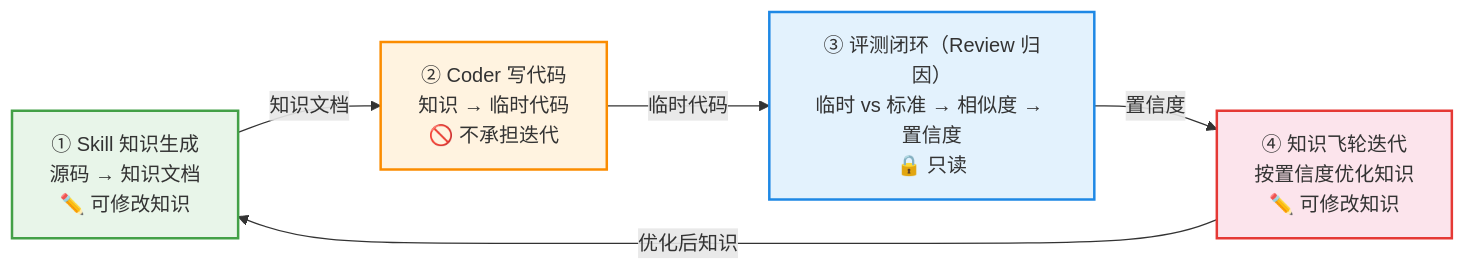
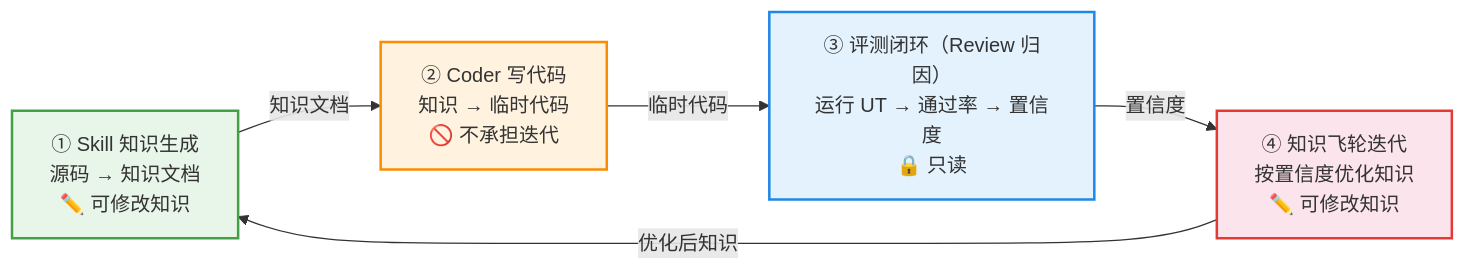
Before and after one commit to linlisWorkTeam/wpKnowledge: the first of 2 diagrams in wiki/docs/flywheel.md, drawn with Mermaid. The commit also changed other lines of this file and 2 other files, not shown here.

````diff
--- a/wiki/docs/flywheel.md
+++ b/wiki/docs/flywheel.md
@@ -69,17 +69,17 @@
 ```mermaid
 flowchart LR
     classDef gen fill:#e8f5e9,stroke:#43a047,stroke-width:2px;
     classDef cod fill:#fff3e0,stroke:#fb8c00,stroke-width:2px;
     classDef evl fill:#e3f2fd,stroke:#1e88e5,stroke-width:2px;
     classDef itr fill:#fce4ec,stroke:#e53935,stroke-width:2px;
 
     SK["① Skill 知识生成<br/>源码 → 知识文档<br/>✏️ 可修改知识"]:::gen
     CD["② Coder 写代码<br/>知识 → 临时代码<br/>🚫 不承担迭代"]:::cod
-    EV["③ 评测闭环（Review 归因）<br/>临时 vs 标准 → 相似度 → 置信度<br/>🔒 只读"]:::evl
+    EV["③ 评测闭环（Review 归因）<br/>运行 UT → 通过率 → 置信度<br/>🔒 只读"]:::evl
     FW["④ 知识飞轮迭代<br/>按置信度优化知识<br/>✏️ 可修改知识"]:::itr
 
     SK -->|知识文档| CD
     CD -->|临时代码| EV
     EV -->|置信度| FW
     FW -->|优化后知识| SK
 ```
````
